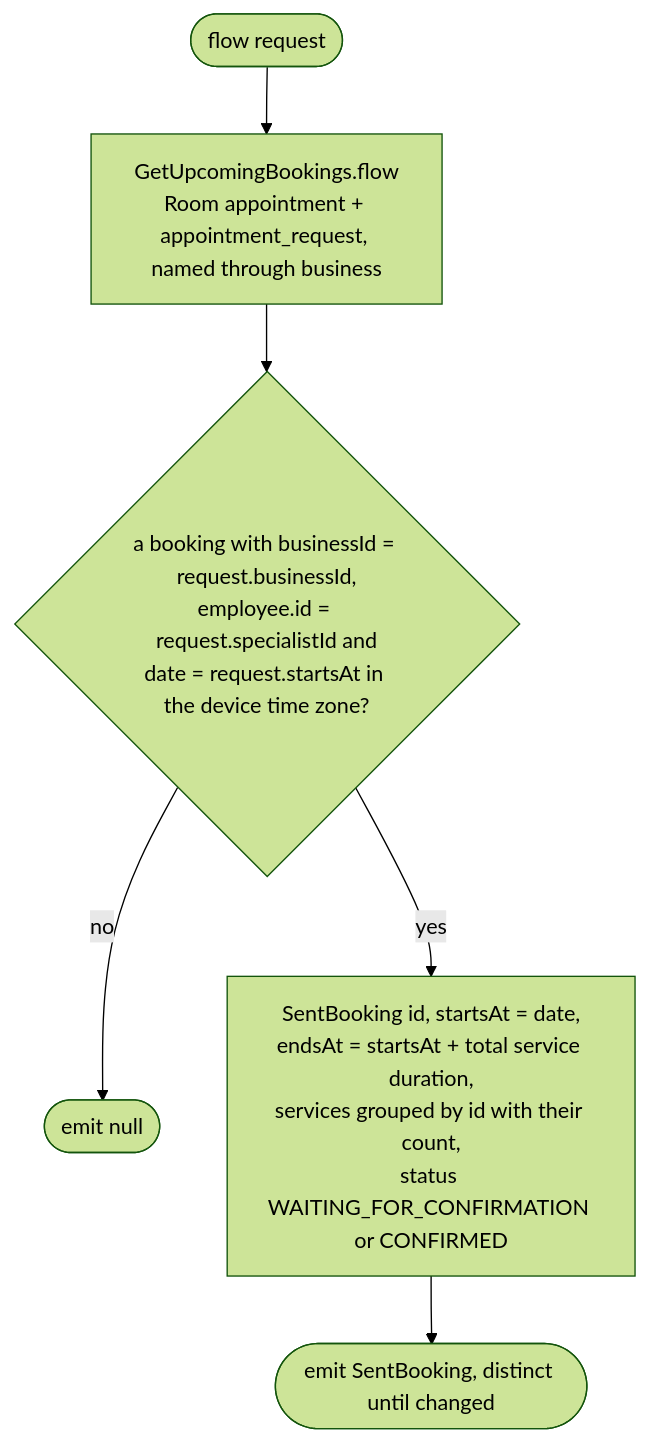
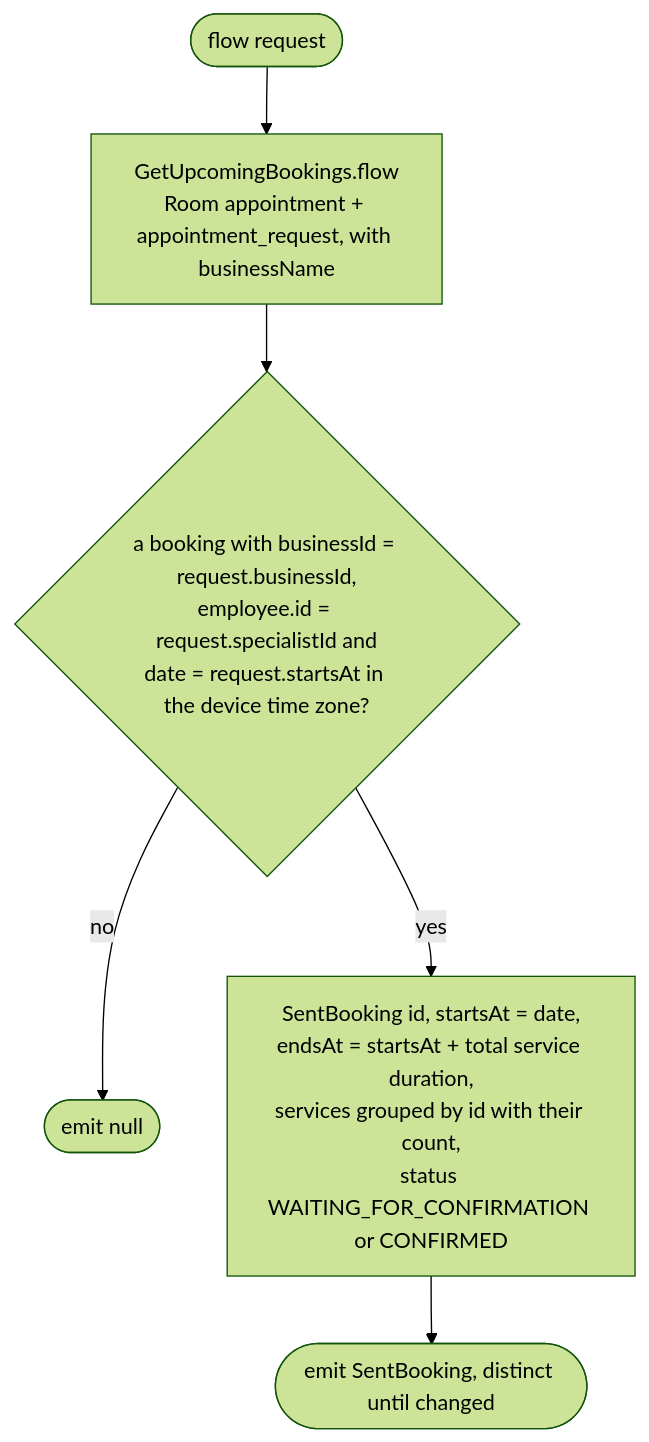
The diagram in docs/operations/booking/get-sent-booking.md (nocturneproperties/bookkme-client), drawn with Mermaid (forest theme) before and after one commit. The commit also changed other lines of this file and 107 other files, not shown here.

````diff
--- a/docs/operations/booking/get-sent-booking.md
+++ b/docs/operations/booking/get-sent-booking.md
@@ -20,8 +20,8 @@
 ```mermaid
 flowchart TD
-    Start([flow request]) --> Upcoming[GetUpcomingBookings.flow<br/>Room appointment + appointment_request, named through business]
+    Start([flow request]) --> Upcoming[GetUpcomingBookings.flow<br/>Room appointment + appointment_request, with businessName]
     Upcoming --> Match{a booking with businessId = request.businessId,<br/>employee.id = request.specialistId and<br/>date = request.startsAt in the device time zone?}
     Match -- no --> Null([emit null])
     Match -- yes --> Map[SentBooking id, startsAt = date,<br/>endsAt = startsAt + total service duration,<br/>services grouped by id with their count,<br/>status WAITING_FOR_CONFIRMATION or CONFIRMED]
     Map --> Emit([emit SentBooking, distinct until changed])
 ```
````
